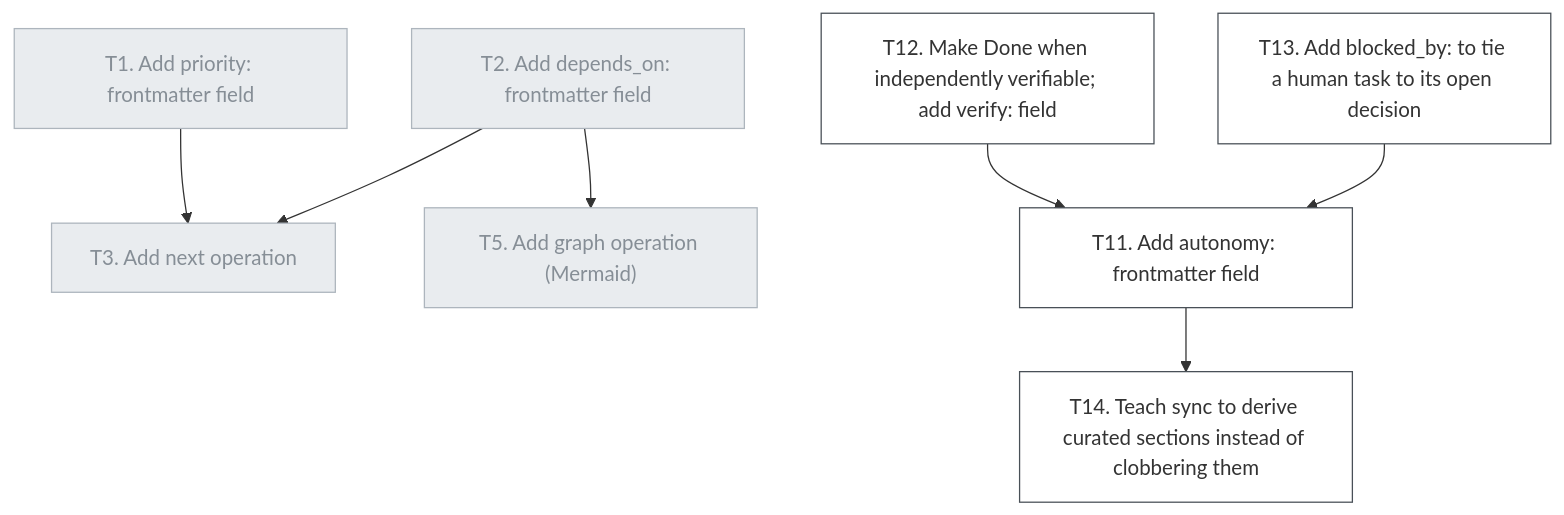
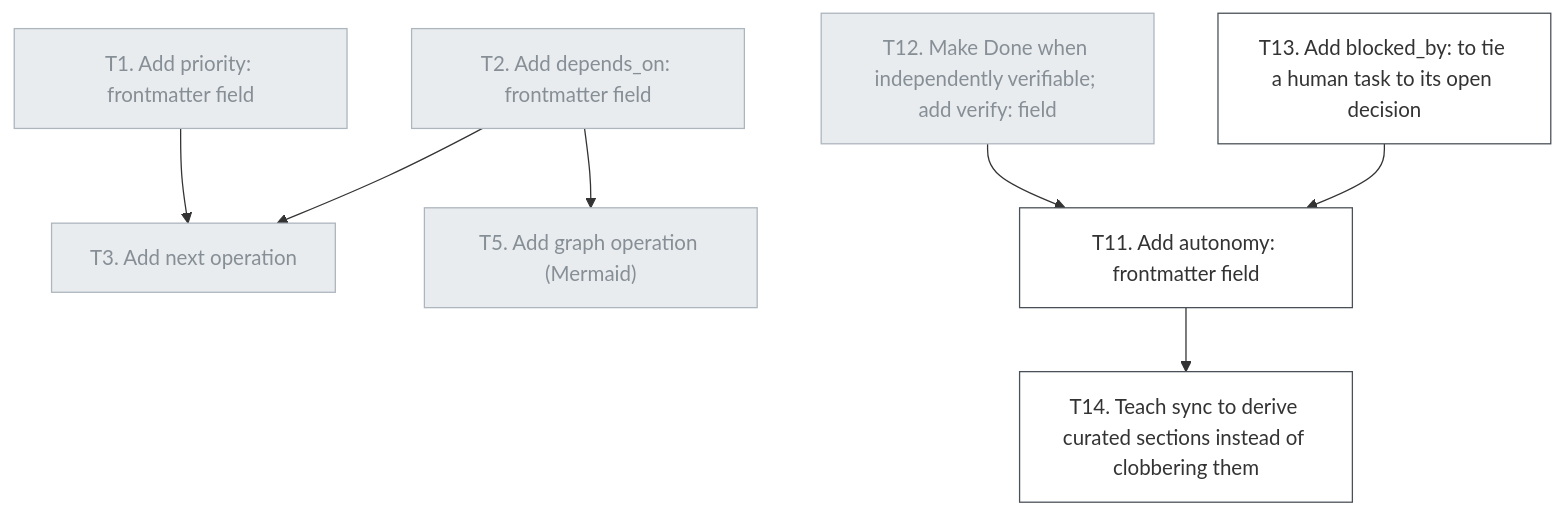
Before and after one commit to luisalima/opentasks-skill: the diagram in docs/tasks/TASK_INDEX.md, drawn with Mermaid. The commit also changed other lines of this file and 5 other files, not shown here.

First line of the commit message:
T12: require independently-verifiable Done when; add optional verify: field

````diff
--- a/docs/tasks/TASK_INDEX.md
+++ b/docs/tasks/TASK_INDEX.md
@@ -34,22 +34,22 @@
 ```mermaid
 graph TD
     T1["T1. Add priority: frontmatter field"]:::done
     T2["T2. Add depends_on: frontmatter field"]:::done
     T3["T3. Add next operation"]:::done
     T5["T5. Add graph operation (Mermaid)"]:::done
     T11["T11. Add autonomy: frontmatter field"]:::todo
-    T12["T12. Make Done when independently verifiable; add verify: field"]:::todo
+    T12["T12. Make Done when independently verifiable; add verify: field"]:::done
     T13["T13. Add blocked_by: to tie a human task to its open decision"]:::todo
     T14["T14. Teach sync to derive curated sections instead of clobbering them"]:::todo
     T1 --> T3
     T2 --> T3
     T2 --> T5
     T12 --> T11
     T13 --> T11
     T11 --> T14
     classDef todo fill:#ffffff,stroke:#495057
     classDef doing fill:#fff3bf,stroke:#f59f00,stroke-width:2px
     classDef blocked fill:#ffe3e3,stroke:#e03131,stroke-dasharray: 5 5
     classDef done fill:#e9ecef,stroke:#adb5bd,color:#868e96
     classDef missing fill:#ffffff,stroke:#e03131,stroke-dasharray: 2 2,color:#e03131
 ```
````
